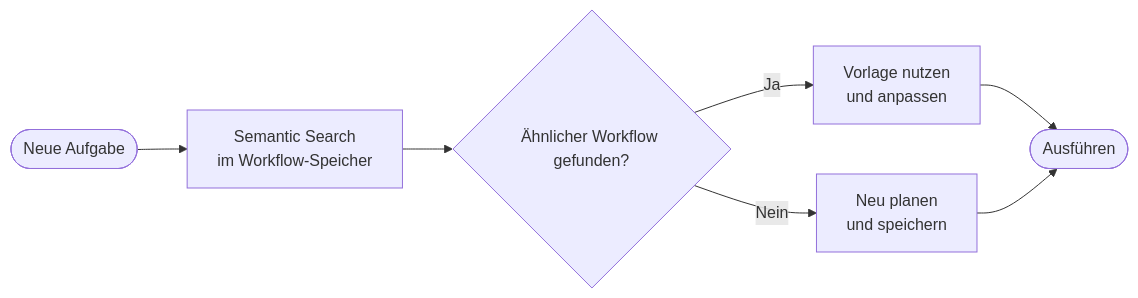
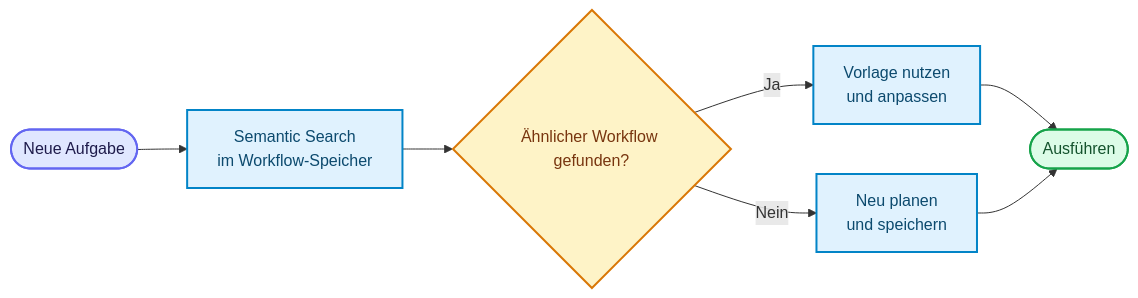
One commit to ralf-42/Agenten changed the fourth of 7 diagrams in docs/04-agenten-implementierung/ablauf-zustand/memory-systeme.md. Above: the diagram before and after it, drawn with Mermaid. The commit also changed other lines of this file and 18 other files, not shown here.

````diff
--- a/docs/04-agenten-implementierung/ablauf-zustand/memory-systeme.md
+++ b/docs/04-agenten-implementierung/ablauf-zustand/memory-systeme.md
@@ -357,9 +375,18 @@
 ```mermaid
 flowchart LR
     ANFRAGE([Neue Aufgabe]) --> SEARCH["Semantic Search<br/>im Workflow-Speicher"]
     SEARCH --> MATCH{"Ähnlicher Workflow gefunden?"}
     MATCH -->|Ja| REUSE["Vorlage nutzen<br/>und anpassen"]
     MATCH -->|Nein| NEW["Neu planen<br/>und speichern"]
     REUSE --> DONE([Ausführen])
     NEW --> DONE
+
+    classDef default fill:#e0f2fe,stroke:#0284c7,stroke-width:2px,color:#0c4a6e;
+    classDef input fill:#e0e7ff,stroke:#6366f1,stroke-width:2px,color:#1e1b4b;
+    classDef metric fill:#fef3c7,stroke:#d97706,stroke-width:2px,color:#78350f;
+    classDef output fill:#dcfce7,stroke:#16a34a,stroke-width:2px,color:#14532d;
+
+    class ANFRAGE input;
+    class MATCH metric;
+    class DONE output;
 ```
````
